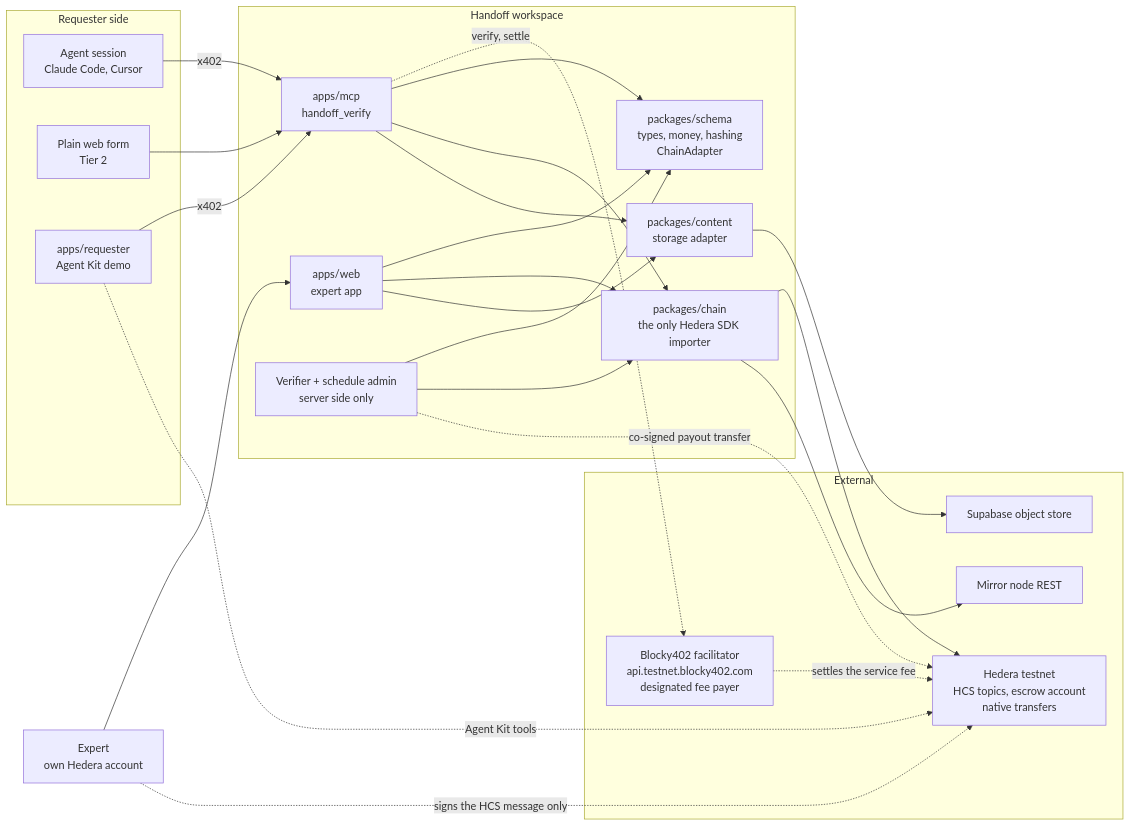
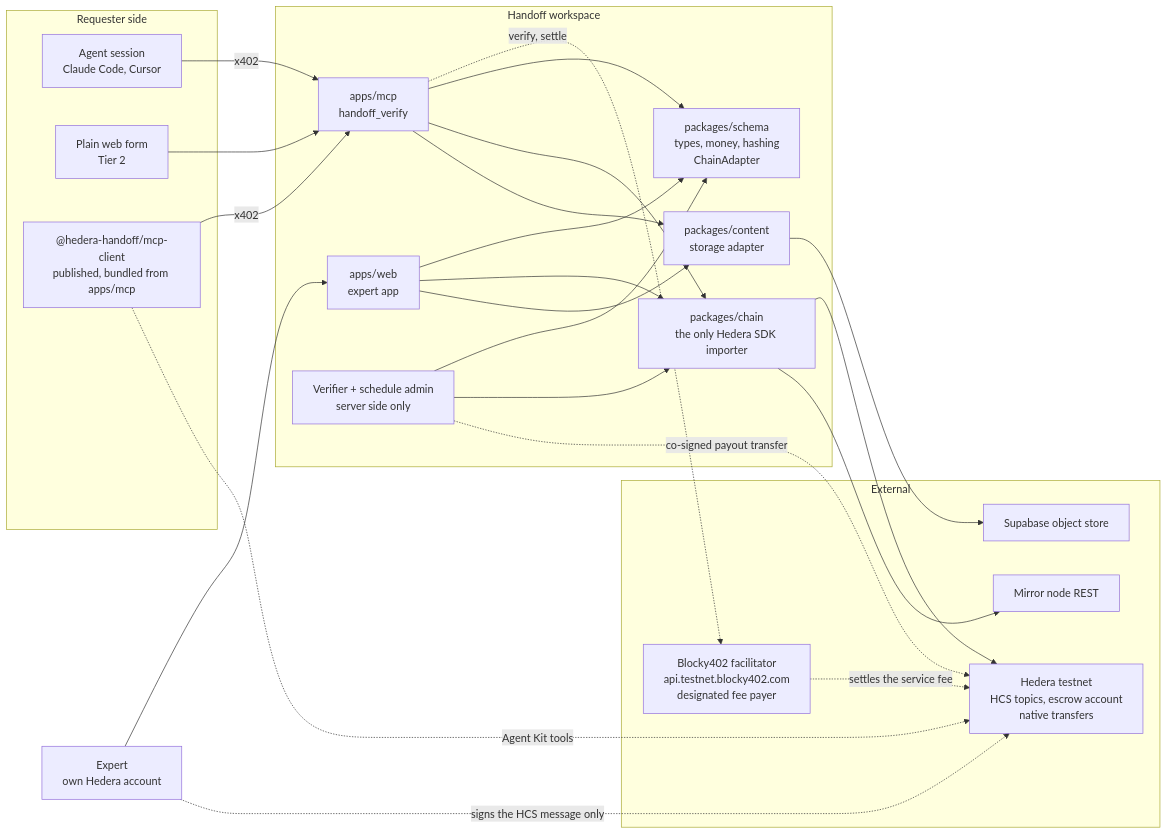
The first of 7 diagrams in docs/architecture.md (Baurjan1234/project-handoff), drawn with Mermaid before and after one commit. The commit also changed 4 other files, not shown here.

First line of the commit message:
docs(requester): point every reference at the client that exists

````diff
--- a/docs/architecture.md
+++ b/docs/architecture.md
@@ -13,47 +13,47 @@
 ```mermaid
 flowchart LR
   subgraph req["Requester side"]
     RA["Agent session<br/>Claude Code, Cursor"]
     RW["Plain web form<br/>Tier 2"]
-    DEMO["apps/requester<br/>Agent Kit demo"]
+    DEMO["@hedera-handoff/mcp-client<br/>published, bundled from apps/mcp"]
   end
 
   subgraph mono["Handoff workspace"]
     MCP["apps/mcp<br/>handoff_verify"]
     WEB["apps/web<br/>expert app"]
     SVC["Verifier + schedule admin<br/>server side only"]
     SCHEMA["packages/schema<br/>types, money, hashing<br/>ChainAdapter"]
     CHAIN["packages/chain<br/>the only Hedera SDK importer"]
     CONTENT["packages/content<br/>storage adapter"]
   end
 
   subgraph ext["External"]
     HEDERA["Hedera testnet<br/>HCS topics, escrow account<br/>native transfers"]
     MIRROR["Mirror node REST"]
     STORE["Supabase object store"]
     FAC["Blocky402 facilitator<br/>api.testnet.blocky402.com<br/>designated fee payer"]
   end
 
   EX["Expert<br/>own Hedera account"]
 
   RA -- "x402" --> MCP
   RW --> MCP
   DEMO -- "x402" --> MCP
   MCP -. "verify, settle" .-> FAC
   DEMO -. "Agent Kit tools" .-> HEDERA
   MCP --> SCHEMA
   WEB --> SCHEMA
   SVC --> SCHEMA
   MCP --> CHAIN
   WEB --> CHAIN
   SVC --> CHAIN
   MCP --> CONTENT
   WEB --> CONTENT
   CHAIN --> HEDERA
   CHAIN --> MIRROR
   CONTENT --> STORE
   EX --> WEB
   EX -. "signs the HCS message only" .-> HEDERA
   SVC -. "co-signed payout transfer" .-> HEDERA
   FAC -. "settles the service fee" .-> HEDERA
 ```
````
